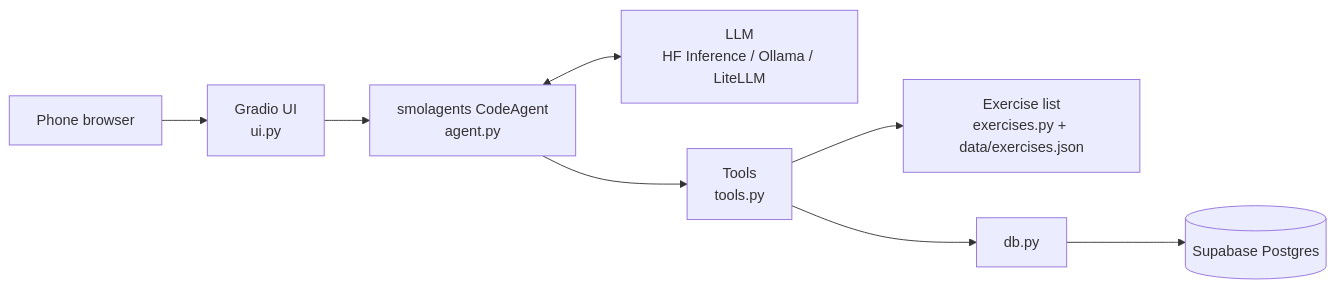
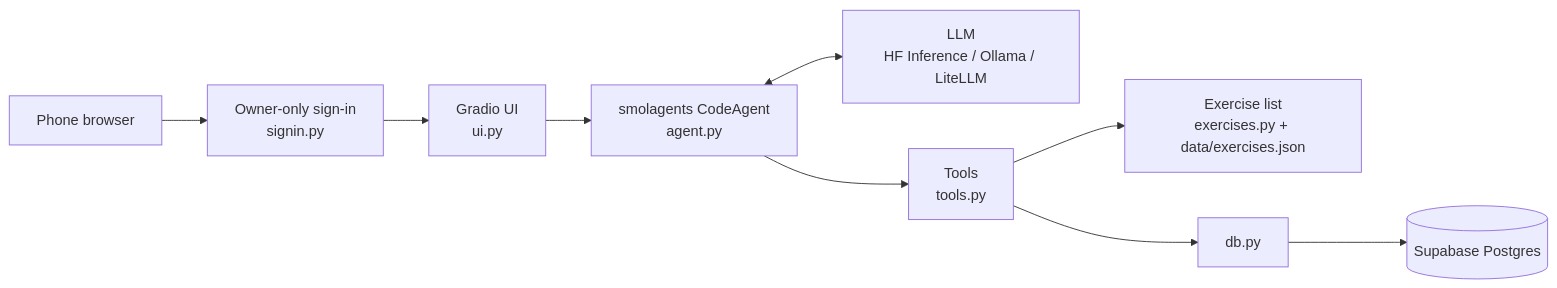
One commit to koyohashi/gym-agent changed the diagram in README.md. Above: the diagram before and after it, drawn with Mermaid. The commit also changed other lines of this file and 6 other files, not shown here.

First line of the commit message:
Add owner-only Sign in with Hugging Face; back to one Space

````diff
--- a/README.md
+++ b/README.md
@@ -51,10 +53,11 @@
 ```mermaid
 flowchart LR
-    phone[Phone browser] --> ui[Gradio UI<br>ui.py]
+    phone[Phone browser] --> signin[Owner-only sign-in<br>signin.py]
+    signin --> ui[Gradio UI<br>ui.py]
     ui --> agent[smolagents CodeAgent<br>agent.py]
     agent <--> model[LLM<br>HF Inference / Ollama / LiteLLM]
     agent --> tools[Tools<br>tools.py]
     tools --> ex[Exercise list<br>exercises.py + data/exercises.json]
     tools --> db[db.py]
     db --> supa[(Supabase Postgres)]
 ```
````
